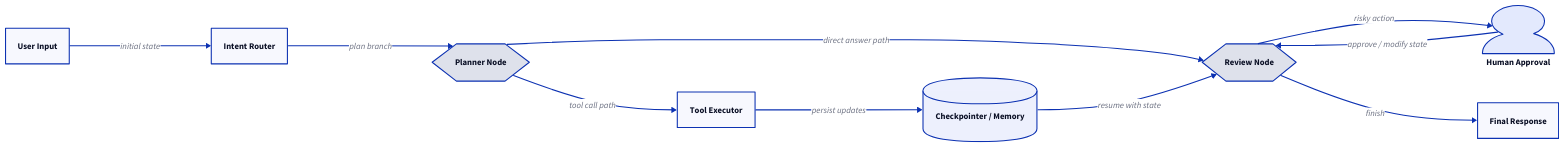
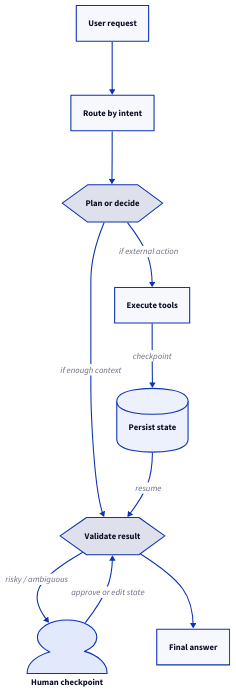
The diagram in src/content/blog/en/langgraph-architecture-stateful-agent-orchestration-with-graphs.mdx (buianhtai/buianhtai.github.io), drawn with D2 before and after one commit. The commit also changed other lines of this file and 3 other files, not shown here.

````diff
--- a/src/content/blog/en/langgraph-architecture-stateful-agent-orchestration-with-graphs.mdx
+++ b/src/content/blog/en/langgraph-architecture-stateful-agent-orchestration-with-graphs.mdx
@@ -81,27 +99,27 @@
 ```d2
-direction: right
+direction: down
 
-user: User Input
-router: Intent Router
-planner: Planner Node
-tooling: Tool Executor
-review: Review Node
-human: Human Approval
-memory: Checkpointer / Memory
-end: Final Response
+user: User request
+router: Route by intent
+planner: Plan or decide
+tools: Execute tools
+review: Validate result
+human: Human checkpoint
+store: Persist state
+done: Final answer
 
-user -> router: initial state
-router -> planner: plan branch
-planner -> tooling: tool call path
-planner -> review: direct answer path
-tooling -> memory: persist updates
-memory -> review: resume with state
-review -> human: risky action
-human -> review: approve / modify state
-review -> end: finish
+user -> router
+router -> planner
+planner -> tools: if external action
+planner -> review: if enough context
+tools -> store: checkpoint
+store -> review: resume
+review -> human: risky / ambiguous
+human -> review: approve or edit state
+review -> done
 
 planner.shape: hexagon
 review.shape: hexagon
+store.shape: cylinder
 human.shape: person
-memory.shape: cylinder
 ```
````
